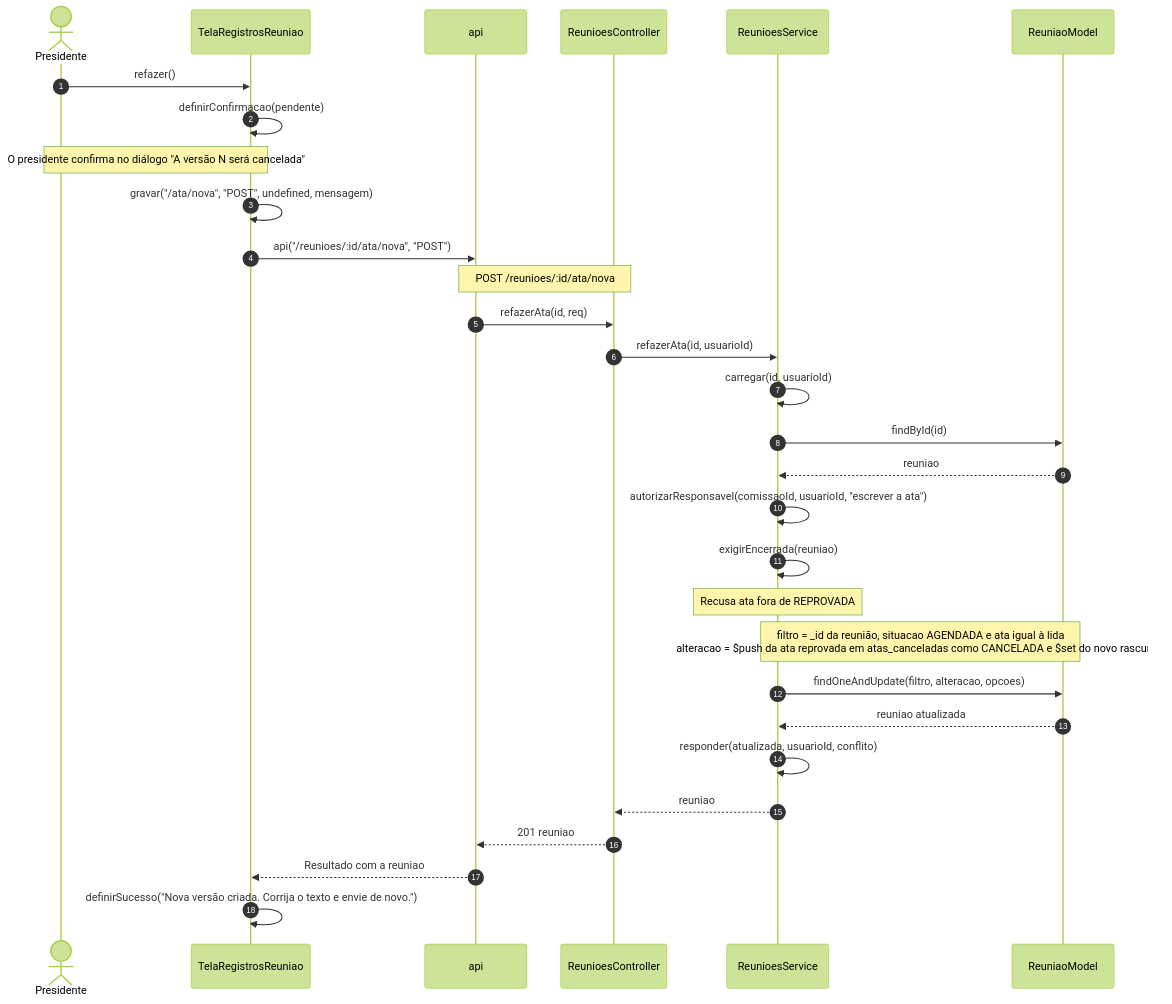
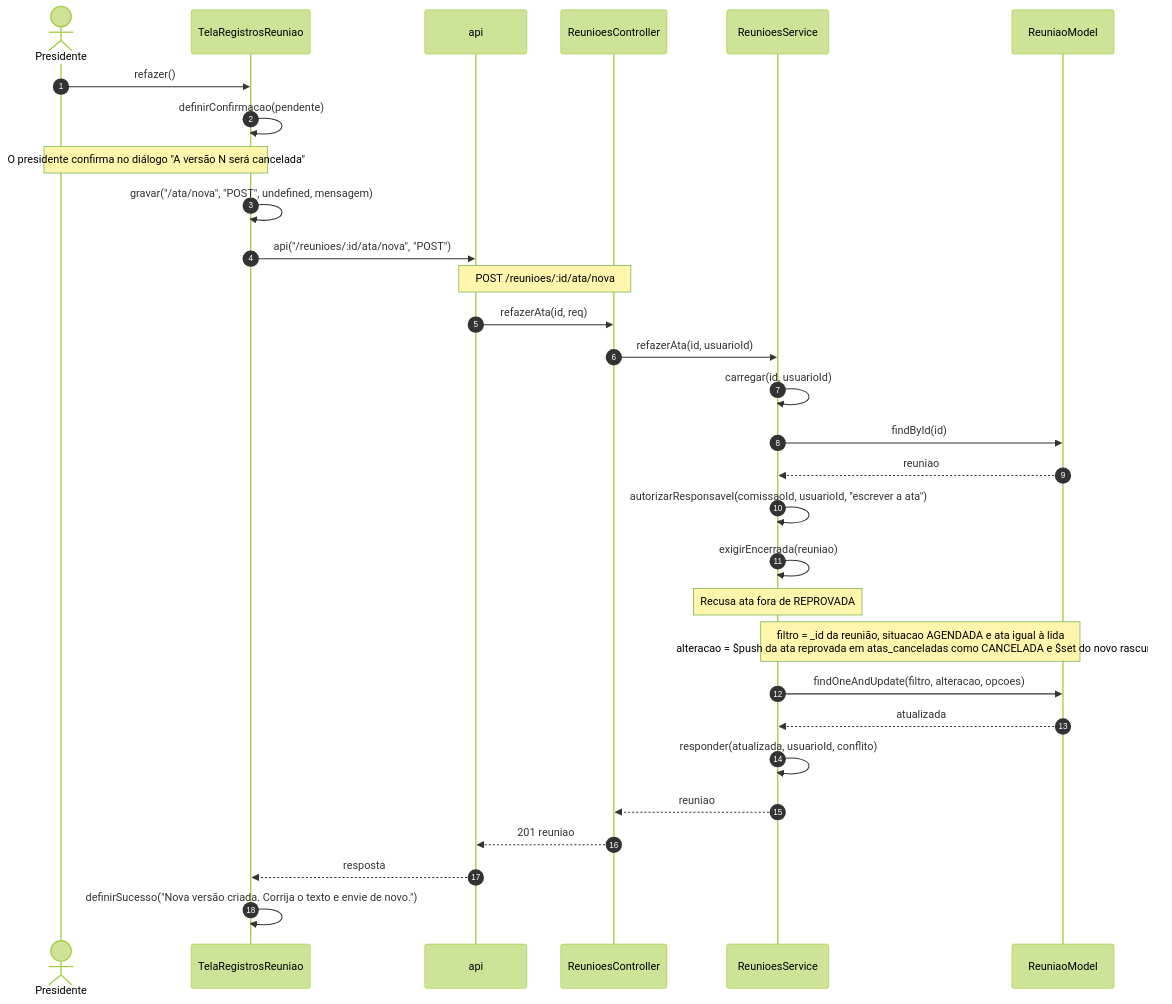
The sixth of 9 diagrams in 4 - Incremento 3/atas/6 - diagramas-sequencia-atas.md (Conecta-IFSP/DOCUMENTATION), drawn with Mermaid (forest theme) before and after one commit. The commit also changed other lines of this file and 97 other files, not shown here.

````diff
--- a/4 - Incremento 3/atas/6 - diagramas-sequencia-atas.md
+++ b/4 - Incremento 3/atas/6 - diagramas-sequencia-atas.md
@@ -228,32 +233,32 @@
 ```mermaid
 sequenceDiagram
     autonumber
     actor U as Presidente
     participant T as TelaRegistrosReuniao
     participant A as api
     participant C as ReunioesController
     participant S as ReunioesService
     participant M as ReuniaoModel
     U->>T: refazer()
     T->>T: definirConfirmacao(pendente)
     Note over U,T: O presidente confirma no diálogo "A versão N será cancelada"
     T->>T: gravar("/ata/nova", "POST", undefined, mensagem)
     T->>A: api("/reunioes/:id/ata/nova", "POST")
     Note over A,C: POST /reunioes/:id/ata/nova
     A->>C: refazerAta(id, req)
     C->>S: refazerAta(id, usuarioId)
     S->>S: carregar(id, usuarioId)
     S->>M: findById(id)
     M-->>S: reuniao
     S->>S: autorizarResponsavel(comissaoId, usuarioId, "escrever a ata")
     S->>S: exigirEncerrada(reuniao)
     Note over S: Recusa ata fora de REPROVADA
     Note over S,M: filtro = _id da reunião, situacao AGENDADA e ata igual à lida<br/>alteracao = $push da ata reprovada em atas_canceladas como CANCELADA e $set do novo rascunho
     S->>M: findOneAndUpdate(filtro, alteracao, opcoes)
-    M-->>S: reuniao atualizada
+    M-->>S: atualizada
     S->>S: responder(atualizada, usuarioId, conflito)
     S-->>C: reuniao
     C-->>A: 201 reuniao
-    A-->>T: Resultado com a reuniao
+    A-->>T: resposta
     T->>T: definirSucesso("Nova versão criada. Corrija o texto e envie de novo.")
 ```
````
